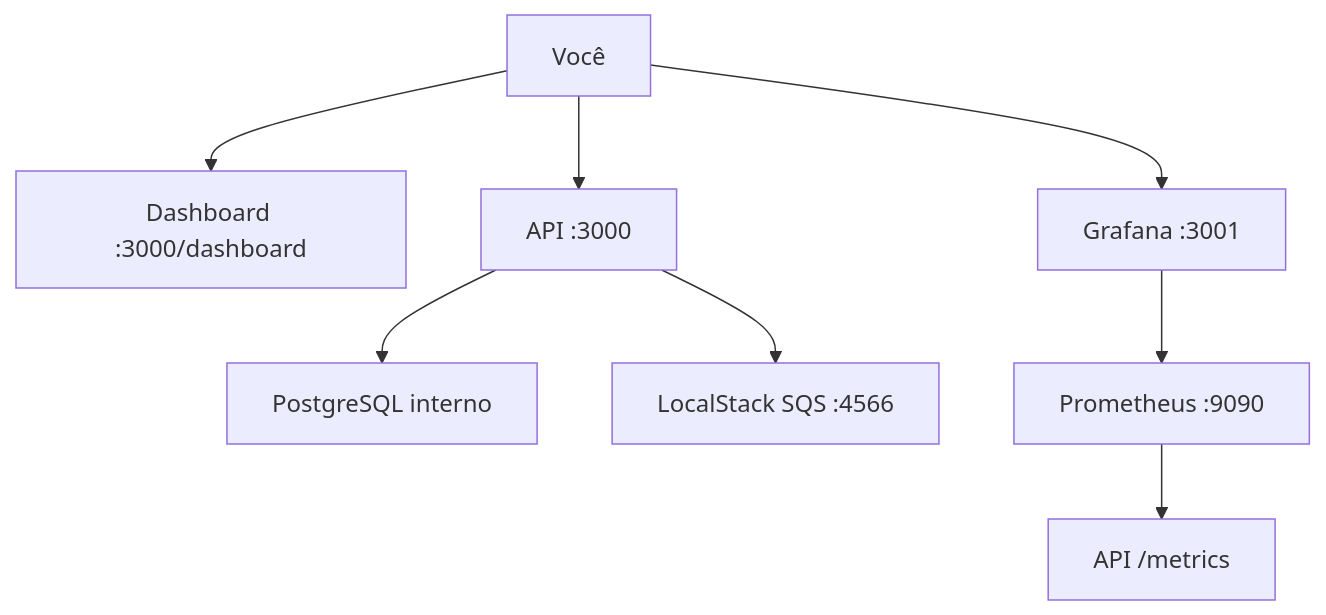
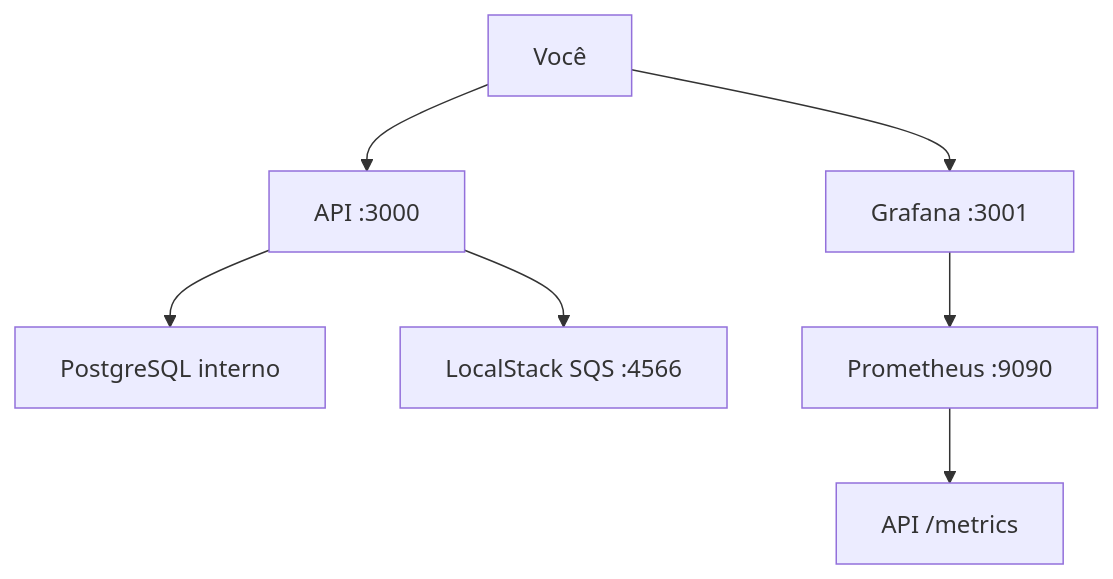
The second of 8 diagrams in README.md (renansko/jugle-gaming-test), drawn with Mermaid before and after one commit. The commit also changed other lines of this file and 10 other files, not shown here.

````diff
--- a/README.md
+++ b/README.md
@@ -46,10 +45,9 @@
 ```mermaid
 flowchart TD
-    Dev["Você"] --> Dashboard["Dashboard :3000/dashboard"]
-    Dev --> API["API :3000"]
+    Dev["Você"] --> API["API :3000"]
     Dev --> Grafana["Grafana :3001"]
     API --> Postgres["PostgreSQL interno"]
     API --> SQS["LocalStack SQS :4566"]
     Grafana --> Prometheus["Prometheus :9090"]
     Prometheus --> Metrics["API /metrics"]
 ```
````
